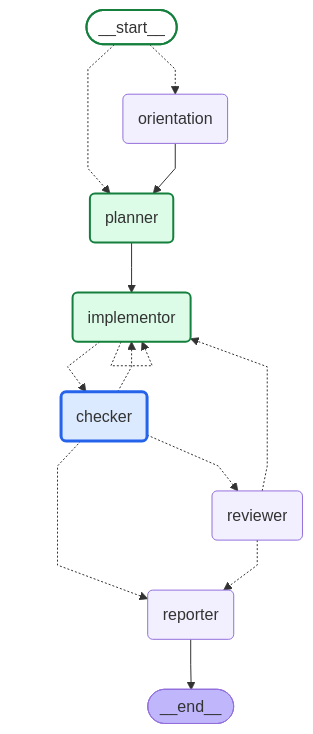
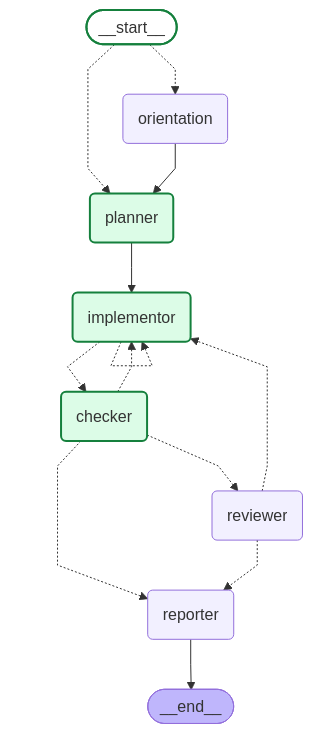
Before and after one commit to daniell0gda/hermes-feature-check-dashboard: the diagram in runs/20260809-155005-827f90/graph.mmd, drawn with Mermaid. The commit also changed 11 other files, not shown here.

```diff
--- a/runs/20260809-155005-827f90/graph.mmd
+++ b/runs/20260809-155005-827f90/graph.mmd
@@ -1,37 +1,37 @@
 ---
 config:
   flowchart:
     curve: linear
 ---
 graph TD;
 	__start__([<p>__start__</p>]):::first
 	orientation(orientation)
 	planner(planner)
 	implementor(implementor)
 	checker(checker)
 	reviewer(reviewer)
 	reporter(reporter)
 	__end__([<p>__end__</p>]):::last
 	__start__ -.-> orientation;
 	__start__ -.-> planner;
 	checker -.-> implementor;
 	checker -.-> reporter;
 	checker -.-> reviewer;
 	implementor -.-> checker;
 	orientation --> planner;
 	planner --> implementor;
 	reviewer -.-> implementor;
 	reviewer -.-> reporter;
 	reporter --> __end__;
 	implementor -.-> implementor;
 	classDef default fill:#f2f0ff,line-height:1.2
 	classDef first fill-opacity:0
 	classDef last fill:#bfb6fc
 
 classDef done fill:#dcfce7,stroke:#15803d,stroke-width:2px;
 classDef active fill:#dbeafe,stroke:#2563eb,stroke-width:3px;
 classDef failed fill:#fee2e2,stroke:#b42318,stroke-width:2px;
 class implementor done;
-class checker active;
+class checker done;
 class planner done;
 class __start__ done;
```
